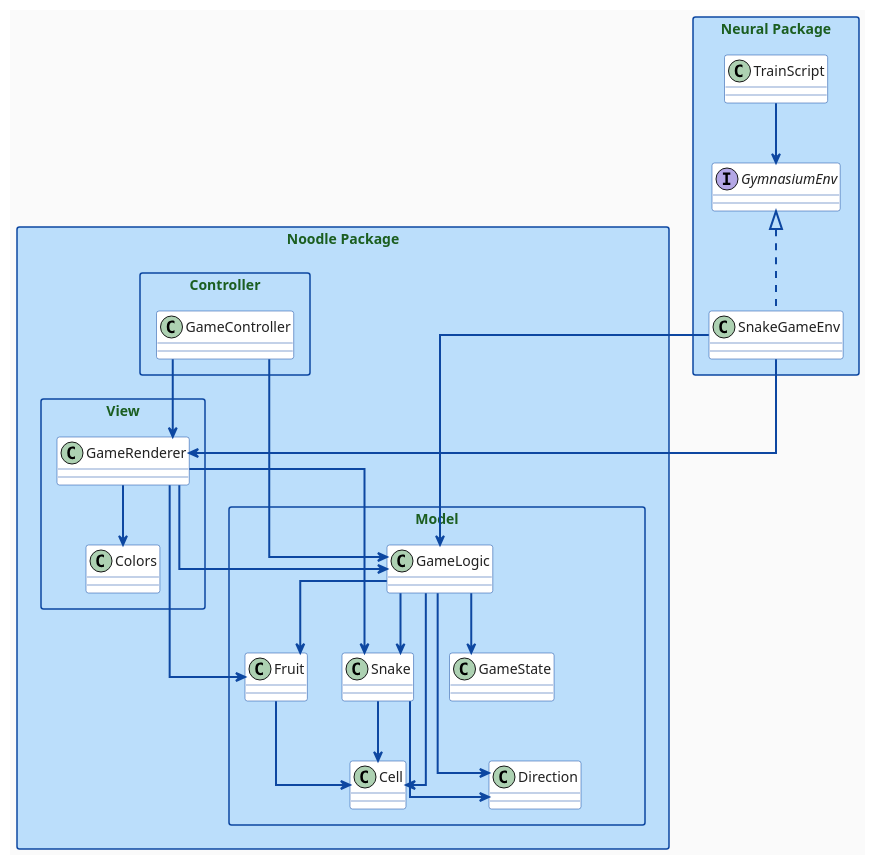
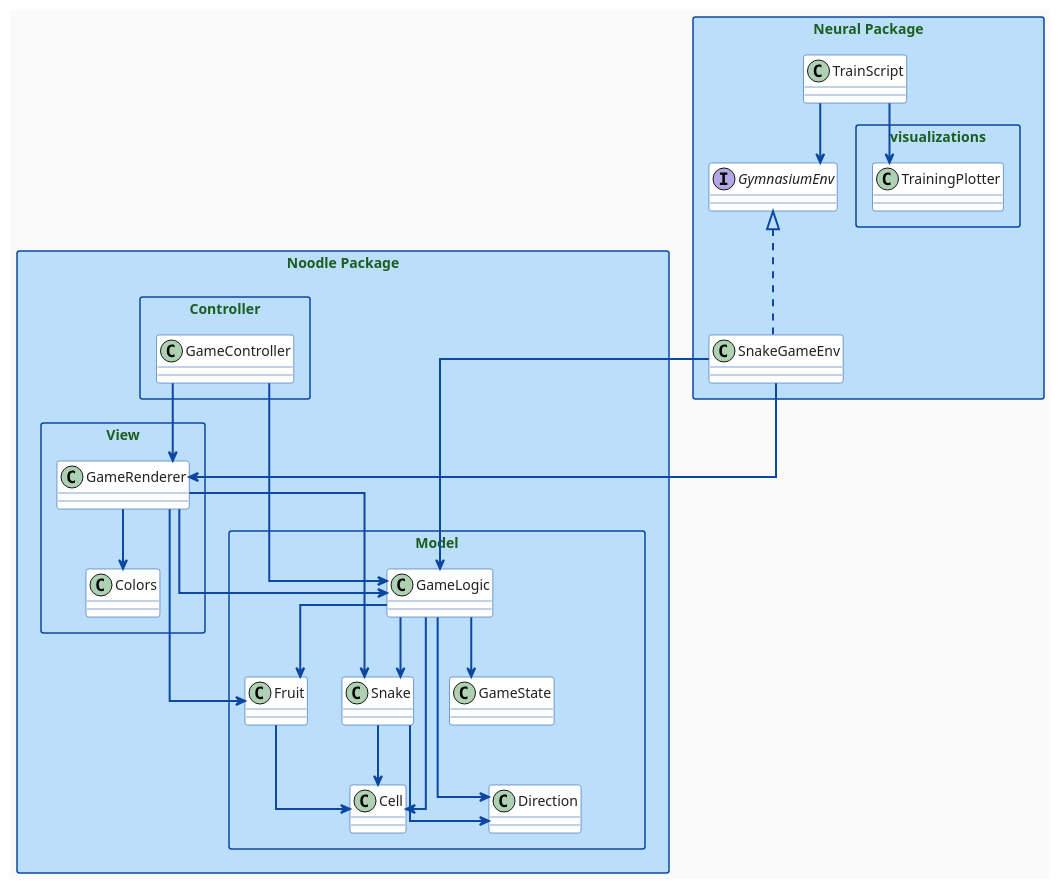
The diagram in docs/architecture.plantuml (tctibbs/neural-noodle), drawn with PlantUML before and after one commit. The commit also changed 6 other files, not shown here.

```diff
--- a/docs/architecture.plantuml
+++ b/docs/architecture.plantuml
@@ -1,94 +1,99 @@
 @startuml "Neural Noodle"
 
 top to bottom direction
 skinparam packageStyle rect
 
 ' Draw straight (orthonormal) arrows
 skinparam linetype ortho
 
 ' Snake-game-inspired color palette
 skinparam backgroundColor #FAFAFA
 skinparam shadowing false
 
 ' Arrow styling (blue-ish arrows, green-ish font)
 skinparam ArrowColor #0D47A1
 skinparam ArrowThickness 2
 skinparam ArrowFontColor #1B5E20
 
 ' Package styling (light blue backgrounds)
 skinparam package {
   BackgroundColor #BBDEFB
   BorderColor #0D47A1
   FontColor #1B5E20
 }
 
 ' Class styling (white with blue borders)
 skinparam class {
   BackgroundColor #FFFFFF
   BorderColor #0D47A1
   FontColor #212121
 }
 
 ' ----------------------------
 ' Noodle Package
 ' ----------------------------
 package "Noodle Package" {
     package "Model" {
         class GameLogic
         class GameState
         class Snake
         class Fruit
         class Direction
         class Cell
     }
 
     package "View" {
         class GameRenderer
         class Colors
     }
 
     package "Controller" {
         class GameController
     }
 }
 
 ' ----------------------------
 ' Neural Package
 ' ----------------------------
 package "Neural Package" {
     class TrainScript
 
+    package visualizations {
+      class TrainingPlotter
+    }
+
     interface GymnasiumEnv
     class SnakeGameEnv implements GymnasiumEnv
 }
 
 ' ----------------------------
 ' Noodle Package Dependencies
 ' ----------------------------
 GameController --> GameLogic
 GameController --> GameRenderer
 
 GameLogic --> GameState
 GameLogic --> Snake
 GameLogic --> Fruit
 GameLogic --> Direction
 GameLogic --> Cell
 
 Snake --> Direction
 Snake --> Cell
 
 Fruit --> Cell
 
 GameRenderer --> GameLogic
 GameRenderer --> Snake
 GameRenderer --> Fruit
 GameRenderer --> Colors
 
 ' ----------------------------
 ' Neural Package Dependencies
 ' ----------------------------
 TrainScript --> GymnasiumEnv
+TrainScript --> TrainingPlotter
 SnakeGameEnv --> GameLogic
 SnakeGameEnv --> GameRenderer
 
 @enduml
```
